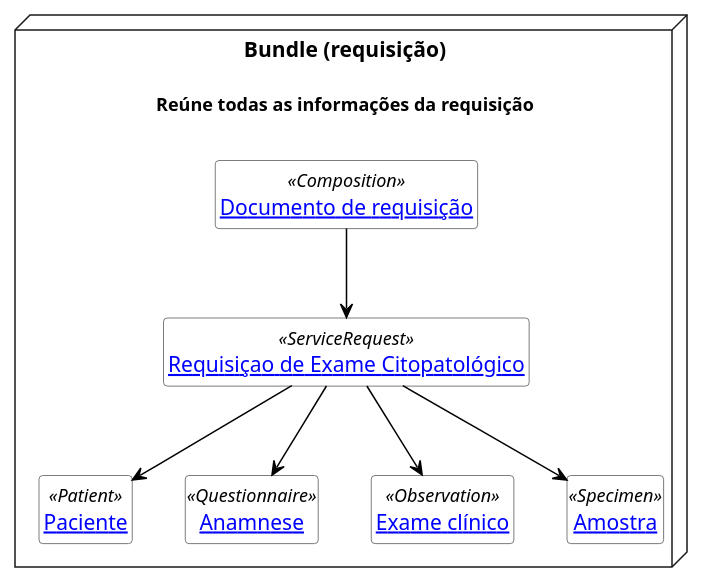
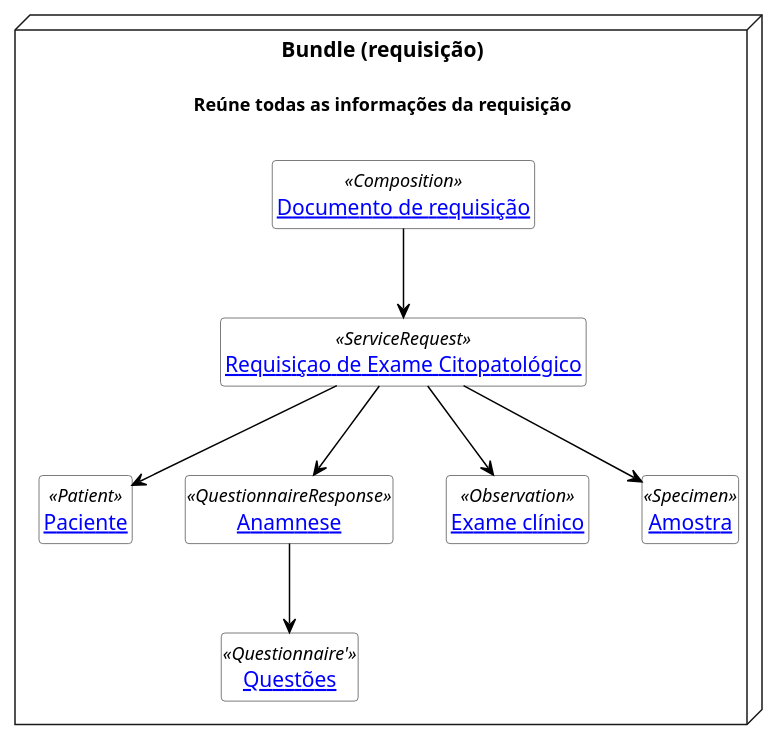
Before and after one commit to kyriosdata/farol: the diagram in input/images-source/bundle-requisicao.plantuml, drawn with PlantUML. The commit also changed 1 other file, not shown here.

```diff
--- a/input/images-source/bundle-requisicao.plantuml
+++ b/input/images-source/bundle-requisicao.plantuml
@@ -1,30 +1,32 @@
 @startuml bundle-requisicao
 
 skinparam packagestyle rectangle 
 
 hide circle
 hide methods
 hide empty members
 
 skinparam class {
     BackgroundColor White
     ArrowColor Black
     BorderColor #505050
 }
 
 package "Bundle (requisição)\n\n<size:12>Reúne todas as informações da requisição\n" <<Node>> { 
     class Composition as "[[StructureDefinition-documento-requisicao.html Documento de requisição]]" <<Composition>>
     class ServiceRequest as "[[StructureDefinition-requisicao-exame-citopatologico.html Requisiçao de Exame Citopatológico]]" <<ServiceRequest>>
     class Paciente as "[[StructureDefinition-paciente.html Paciente]]" <<Patient>>
-    class Anamnese as "[[Questionnaire-anamnese-exame-citopatologico.html Anamnese]]" <<Questionnaire>>
+    class Anamnese as "[[Questionnaire-anamnese-questionario.html Anamnese]]" <<QuestionnaireResponse>>
+    class Questoes as "[[Questionnaire-anamnese-exame-citopatologico.html Questões]]" <<Questionnaire'>>
     class Exame as "[[StructureDefinition-exame-clinico.html Exame clínico]]" <<Observation>>
     class Amostra as "[[StructureDefinition-amostra-requisicao.html Amostra]]" <<Specimen>>
     Composition --> ServiceRequest
     ServiceRequest --> Paciente
     ServiceRequest --> Anamnese
+    Anamnese --> Questoes
     ServiceRequest --> Exame
     ServiceRequest --> Amostra
     
 }
 
 @enduml
```
